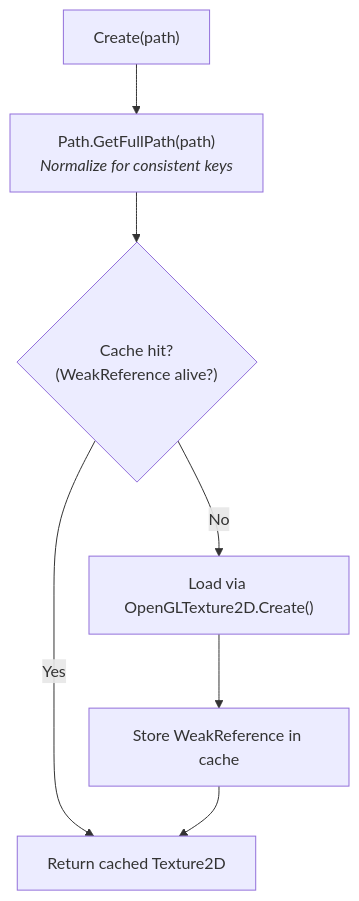
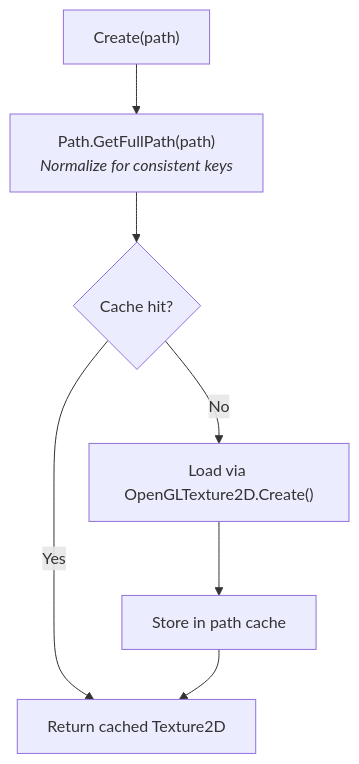
Before and after one commit to kateusz/GameEngine: the third of 5 diagrams in docs/architecture/rendering-pipeline.md, drawn with Mermaid. The commit also changed other lines of this file and 9 other files, not shown here.

````diff
--- a/docs/architecture/rendering-pipeline.md
+++ b/docs/architecture/rendering-pipeline.md
@@ -232,9 +264,9 @@
 ```mermaid
 graph TD
     Request["Create(path)"] --> Normalize["Path.GetFullPath(path)<br/><i>Normalize for consistent keys</i>"]
-    Normalize --> CacheCheck{"Cache hit?<br/>(WeakReference alive?)"}
+    Normalize --> CacheCheck{"Cache hit?"}
     CacheCheck -->|Yes| Return["Return cached Texture2D"]
     CacheCheck -->|No| Load["Load via OpenGLTexture2D.Create()"]
-    Load --> Cache["Store WeakReference in cache"]
+    Load --> Cache["Store in path cache"]
     Cache --> Return
 ```
````
